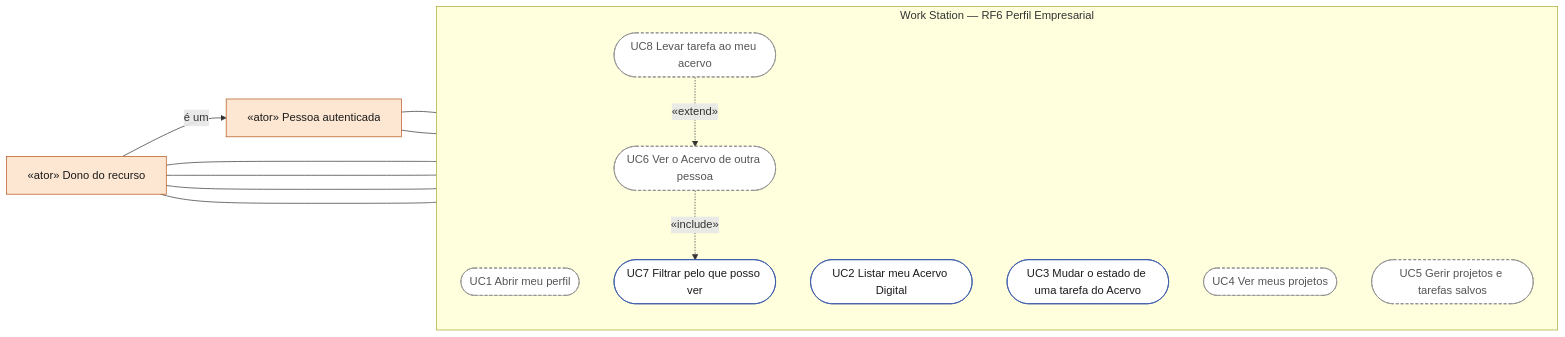
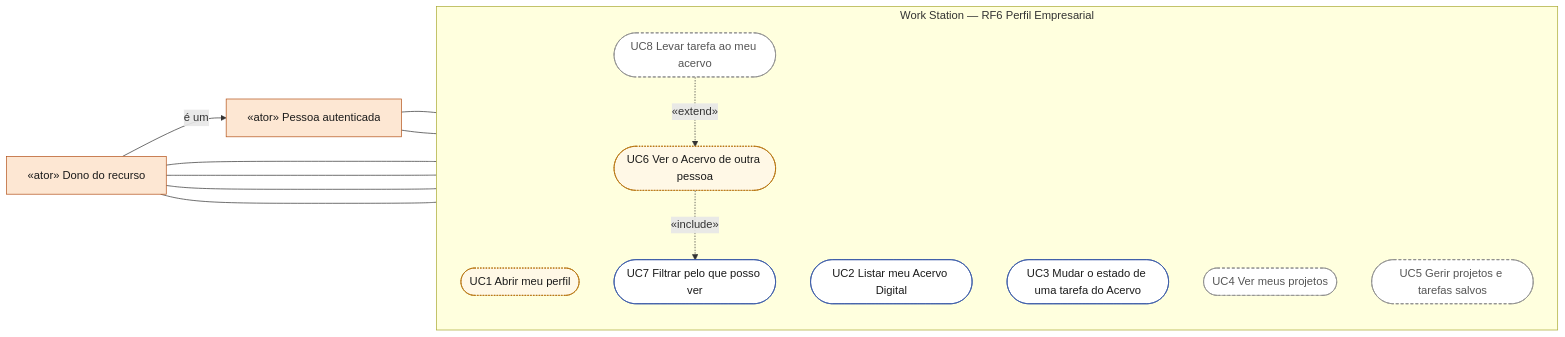
The first of 6 diagrams in docs/diagramas/RF6/README.md (MatheusHaliski/Decia-app-2026), drawn with Mermaid before and after one commit. The commit also changed 13 other files, not shown here.

First line of the commit message:
docs(diagramas): classe ucDemo para casos de uso que só funcionam com dados de demonstração

````diff
--- a/docs/diagramas/RF6/README.md
+++ b/docs/diagramas/RF6/README.md
@@ -26,29 +26,30 @@
 ```mermaid
 flowchart LR
   classDef ator fill:#fde7d3,stroke:#b4531a,color:#1b1b1b
   classDef atorSis fill:#f1ecf9,stroke:#6a4bb3,color:#1b1b1b
   classDef uc fill:#ffffff,stroke:#3557a6,color:#1b1b1b
   classDef ucPlan fill:#ffffff,stroke:#8a8a8a,stroke-dasharray:4 3,color:#555555
+  classDef ucDemo fill:#fff8e6,stroke:#b26a00,stroke-dasharray:2 2,color:#1b1b1b
   autenticado["«ator» Pessoa autenticada"]:::ator
   dono["«ator» Dono do recurso"]:::ator
   subgraph SIS["Work Station — RF6 Perfil Empresarial"]
     direction TB
-    UC1(["UC1 Abrir meu perfil"]):::ucPlan
+    UC1(["UC1 Abrir meu perfil"]):::ucDemo
     UC2(["UC2 Listar meu Acervo Digital"]):::uc
     UC3(["UC3 Mudar o estado de uma tarefa do Acervo"]):::uc
     UC4(["UC4 Ver meus projetos"]):::ucPlan
     UC5(["UC5 Gerir projetos e tarefas salvos"]):::ucPlan
-    UC6(["UC6 Ver o Acervo de outra pessoa"]):::ucPlan
+    UC6(["UC6 Ver o Acervo de outra pessoa"]):::ucDemo
     UC7(["UC7 Filtrar pelo que posso ver"]):::uc
     UC8(["UC8 Levar tarefa ao meu acervo"]):::ucPlan
   end
   dono -- "é um" --> autenticado
   autenticado --- UC1
   autenticado --- UC6
   dono --- UC2
   dono --- UC3
   dono --- UC4
   dono --- UC5
   UC6 -. "«include»" .-> UC7
   UC8 -. "«extend»" .-> UC6
 ```
````
